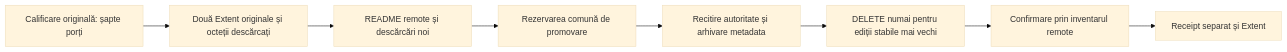
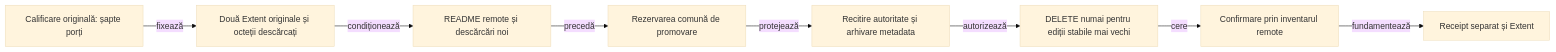
The third of 3 diagrams in docs/rentz/ATF_Release.md (crististefanita/atf_j5), drawn with Mermaid (base theme) before and after one commit. The commit also changed other lines of this file and 1 other file, not shown here.

Commit message:
Apply governed legends and concise prose to release and adapter diagrams

````diff
--- a/docs/rentz/ATF_Release.md
+++ b/docs/rentz/ATF_Release.md
@@ -135,10 +143,10 @@
 ```mermaid
 flowchart LR
-    Q[Calificare originală: șapte porți] --> E[Două Extent originale și octeții descărcați]
-    E --> R[README remote și descărcări noi]
-    R --> L[Rezervarea comună de promovare]
-    L --> A[Recitire autoritate și arhivare metadata]
-    A --> D[DELETE numai pentru ediții stabile mai vechi]
-    D --> C[Confirmare prin inventarul remote]
-    C --> P[Receipt separat și Extent]
+    Q[Calificare originală: șapte porți] -->|fixează| E[Două Extent originale și octeții descărcați]
+    E -->|condiționează| R[README remote și descărcări noi]
+    R -->|precedă| L[Rezervarea comună de promovare]
+    L -->|protejează| A[Recitire autoritate și arhivare metadata]
+    A -->|autorizează| D[DELETE numai pentru ediții stabile mai vechi]
+    D -->|cere| C[Confirmare prin inventarul remote]
+    C -->|fundamentează| P[Receipt separat și Extent]
 ```
````
